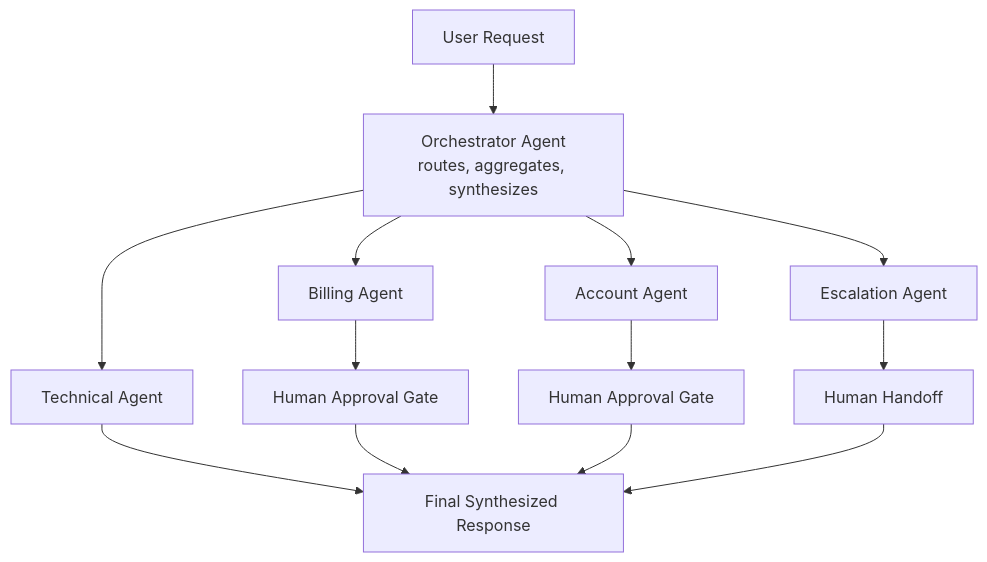
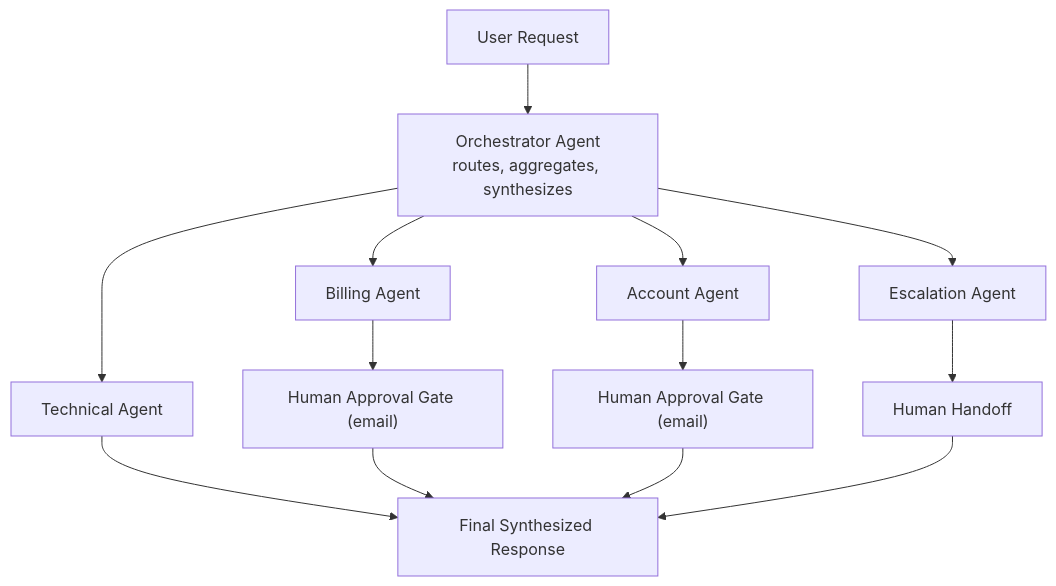
One commit to yami12212332-beep/Customer_Support_Desk changed the diagram in README.md. Above: the diagram before and after it, drawn with Mermaid. The commit also changed other lines of this file and 7 other files, not shown here.

````diff
--- a/README.md
+++ b/README.md
@@ -19,18 +19,18 @@
 ```mermaid
 flowchart TD
     U["User Request"] --> O["Orchestrator Agent<br/>routes, aggregates, synthesizes"]
 
     O --> B["Billing Agent"]
     O --> T["Technical Agent"]
     O --> A["Account Agent"]
     O --> E["Escalation Agent"]
 
-    B --> BG["Human Approval Gate"]
-    A --> AG["Human Approval Gate"]
+    B --> BG["Human Approval Gate (email)"]
+    A --> AG["Human Approval Gate (email)"]
     E --> EH["Human Handoff"]
     T --> R["Final Synthesized Response"]
 
     BG --> R
     AG --> R
     EH --> R
 ```
````
